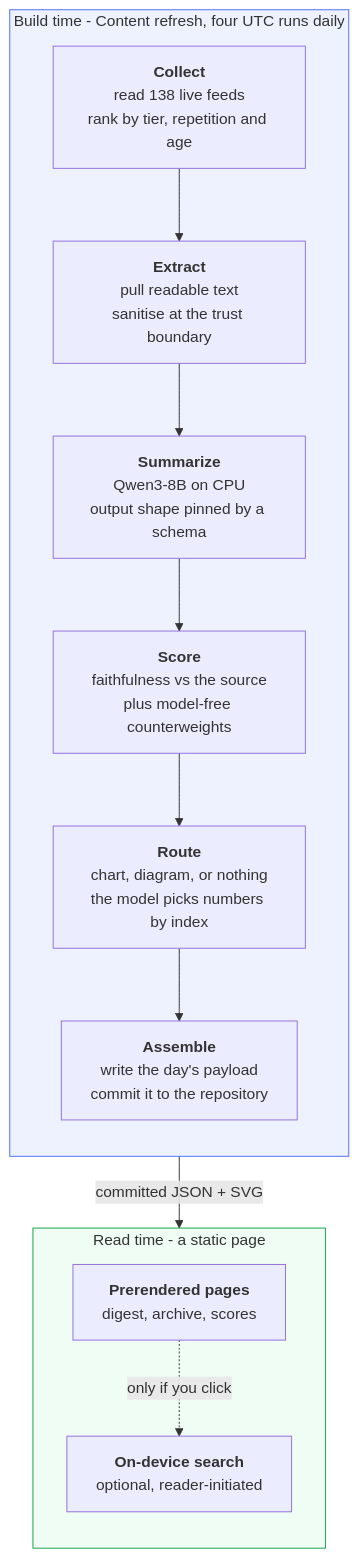
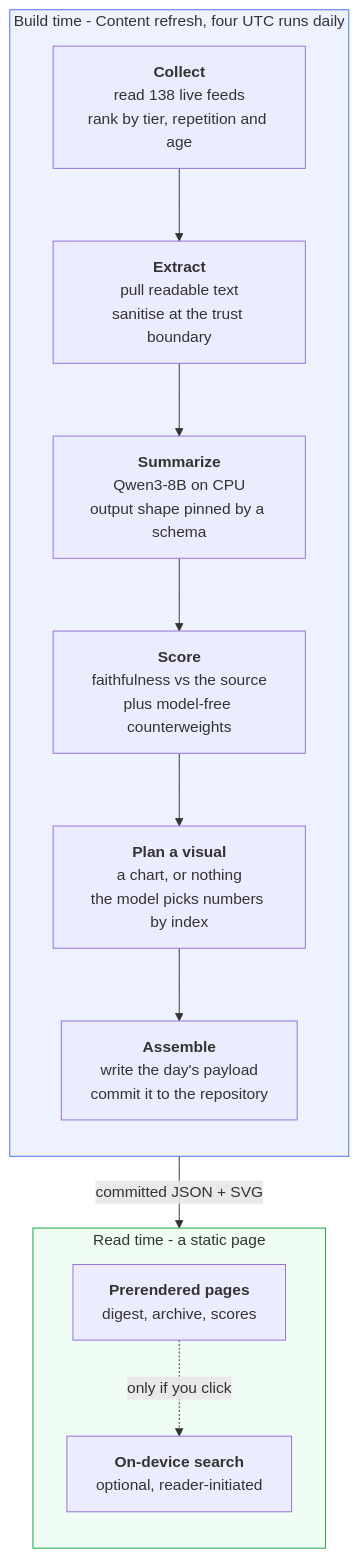
The diagram in README.md (miztiik/yen-idhazh), drawn with Mermaid before and after one commit. The commit also changed other lines of this file and 46 other files, not shown here.

````diff
--- a/README.md
+++ b/README.md
@@ -37,25 +37,25 @@
 ```mermaid
 flowchart TD
     subgraph build["Build time - Content refresh, four UTC runs daily"]
         direction TB
         A["<b>Collect</b><br/>read 138 live feeds<br/>rank by tier, repetition and age"]
         B["<b>Extract</b><br/>pull readable text<br/>sanitise at the trust boundary"]
         C["<b>Summarize</b><br/>Qwen3-8B on CPU<br/>output shape pinned by a schema"]
         D["<b>Score</b><br/>faithfulness vs the source<br/>plus model-free counterweights"]
-        E["<b>Route</b><br/>chart, diagram, or nothing<br/>the model picks numbers by index"]
+        E["<b>Plan a visual</b><br/>a chart, or nothing<br/>the model picks numbers by index"]
         F["<b>Assemble</b><br/>write the day's payload<br/>commit it to the repository"]
         A --> B --> C --> D --> E --> F
     end
 
     F -->|"committed JSON + SVG"| G
 
     subgraph read["Read time - a static page"]
         direction TB
         G["<b>Prerendered pages</b><br/>digest, archive, scores"]
         H["<b>On-device search</b><br/>optional, reader-initiated"]
         G -.->|"only if you click"| H
     end
 
     style build fill:#eef2ff,stroke:#4c6ef5
     style read fill:#f0fdf4,stroke:#16a34a
 ```
````
